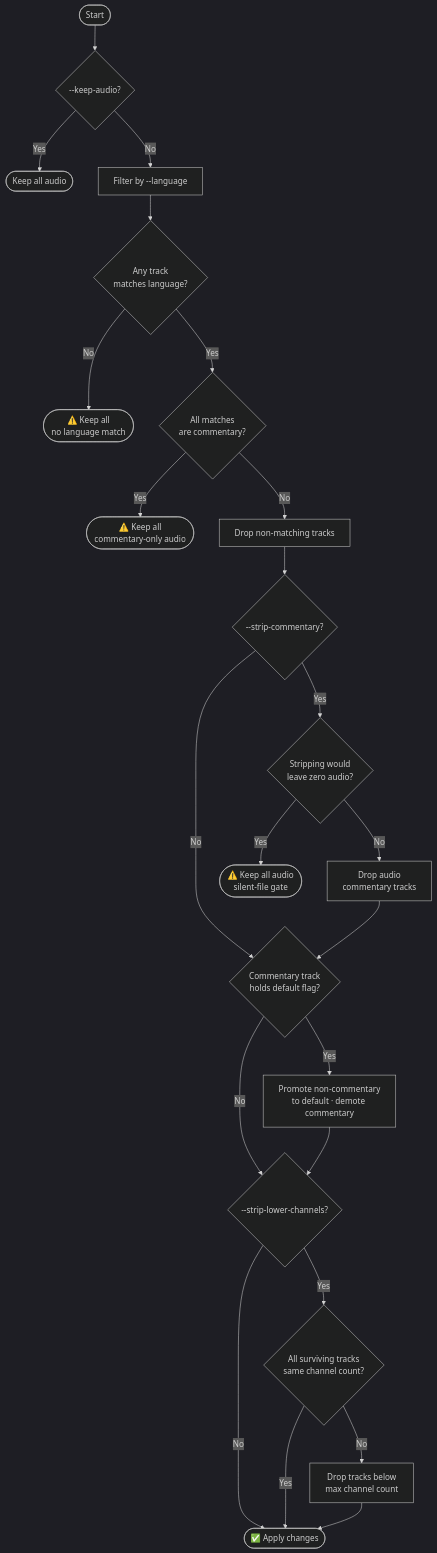
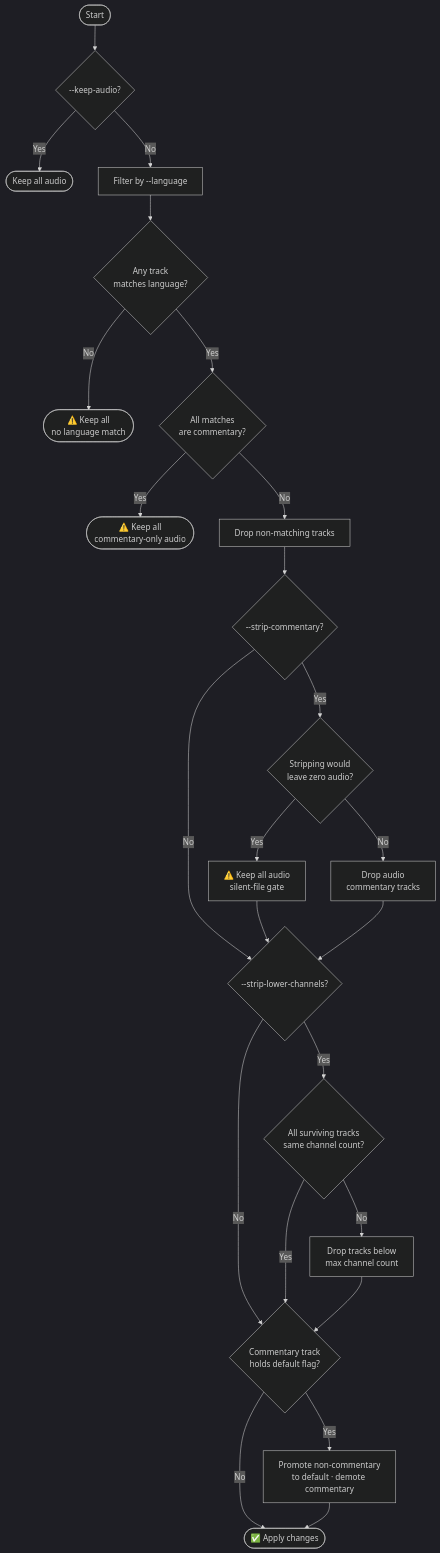
The first of 2 diagrams in README.md (binhex/trimarr), drawn with Mermaid (dark theme) before and after one commit. The commit also changed other lines of this file and 3 other files, not shown here.

````diff
--- a/README.md
+++ b/README.md
@@ -90,26 +99,28 @@
 ```mermaid
 flowchart TD
     A([Start]) --> B{--keep-audio?}
     B -- Yes --> Z([Keep all audio])
     B -- No --> C[Filter by --language]
     C --> D{Any track\nmatches language?}
     D -- No --> E([⚠️ Keep all\nno language match])
     D -- Yes --> F{All matches\nare commentary?}
     F -- Yes --> G([⚠️ Keep all\ncommentary-only audio])
     F -- No --> H[Drop non-matching tracks]
     H --> SC{--strip-commentary?}
-    SC -- No --> I
+    SC -- No --> L
     SC -- Yes --> SC2{Stripping would\nleave zero audio?}
-    SC2 -- Yes --> SC3([⚠️ Keep all audio\nsilent-file gate])
+    SC2 -- Yes --> SC3[⚠️ Keep all audio\nsilent-file gate]
+    SC3 --> L
     SC2 -- No --> SC4[Drop audio\ncommentary tracks]
-    SC4 --> I
+    SC4 --> L
+    L{--strip-lower-channels?}
+    L -- No --> I
+    L -- Yes --> M{All surviving tracks\nsame channel count?}
+    M -- Yes --> I
+    M -- No --> N[Drop tracks below\nmax channel count]
+    N --> I
     I{Commentary track\nholds default flag?}
-    I -- No --> L{--strip-lower-channels?}
+    I -- No --> J([✅ Apply changes])
     I -- Yes --> K[Promote non-commentary\nto default · demote commentary]
-    K --> L
-    L -- No --> J([✅ Apply changes])
-    L -- Yes --> M{All surviving tracks\nsame channel count?}
-    M -- Yes --> J
-    M -- No --> N[Drop tracks below\nmax channel count]
-    N --> J
+    K --> J
 ```
````
